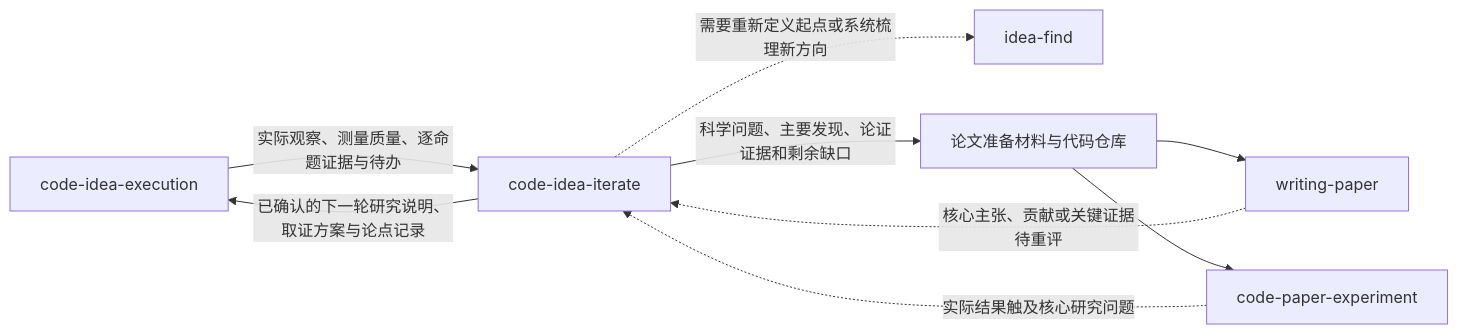
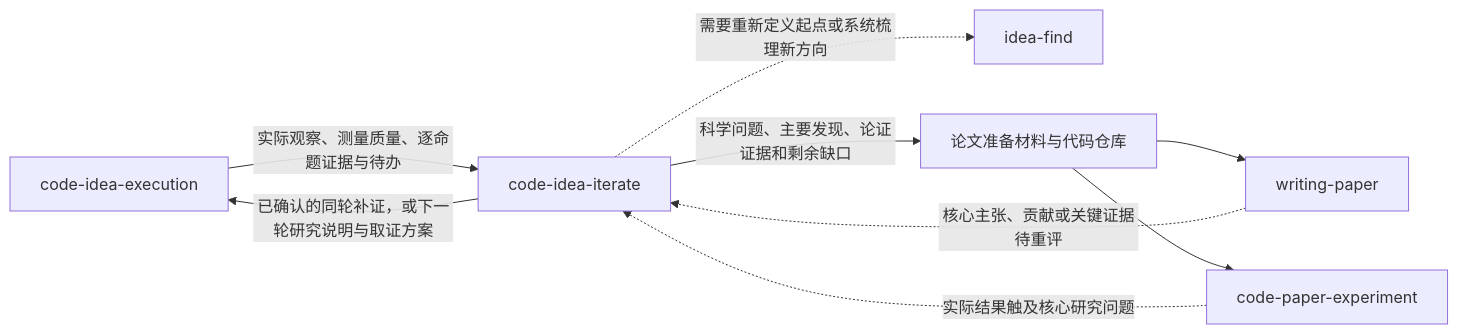
Before and after one commit to jackwang0108/dl-assistant: the first of 2 diagrams in plugins/dl-assistant/skills/code-idea-iterate/SKILL.md, drawn with Mermaid. The commit also changed other lines of this file and 26 other files, not shown here.

````diff
--- a/plugins/dl-assistant/skills/code-idea-iterate/SKILL.md
+++ b/plugins/dl-assistant/skills/code-idea-iterate/SKILL.md
@@ -14,11 +14,11 @@
 ```mermaid
 flowchart LR
     EX["code-idea-execution"] -->|"实际观察、测量质量、逐命题证据与待办"| IT["code-idea-iterate"]
-    IT -->|"已确认的下一轮研究说明、取证方案与论点记录"| EX
+    IT -->|"已确认的同轮补证，或下一轮研究说明与取证方案"| EX
     IT -.->|"需要重新定义起点或系统梳理新方向"| IF["idea-find"]
     IT -->|"科学问题、主要发现、论证证据和剩余缺口"| PKG["论文准备材料与代码仓库"]
     PKG --> WP["writing-paper"]
     PKG --> CPE["code-paper-experiment"]
     WP -.->|"核心主张、贡献或关键证据待重评"| IT
     CPE -.->|"实际结果触及核心研究问题"| IT
 ```
````
